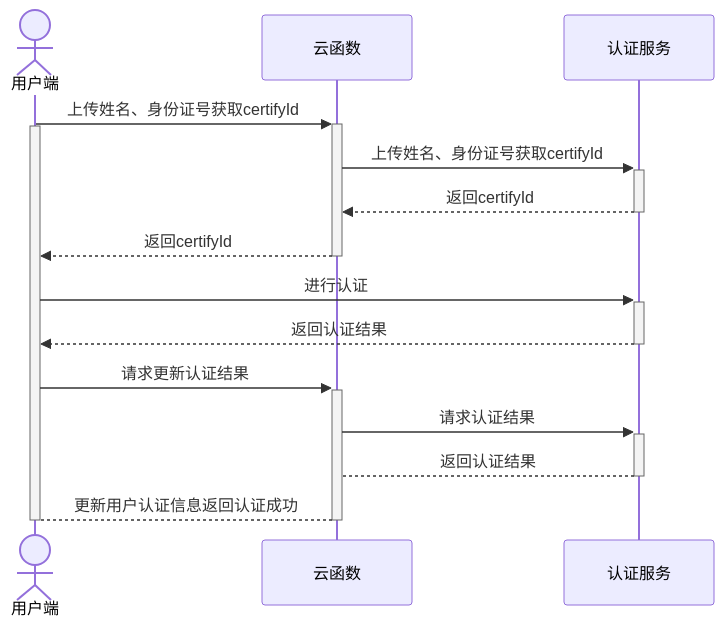
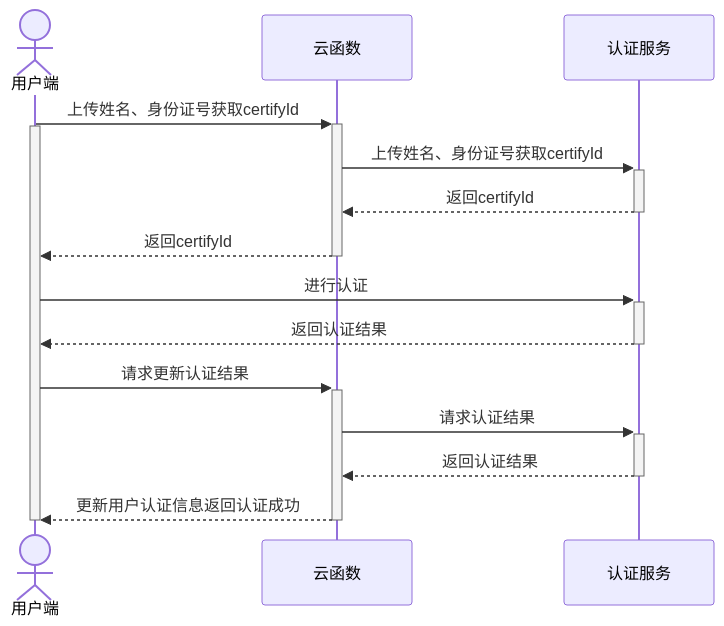
Before and after one commit to dcloudio/unidocs-zh: the diagram in docs/uniCloud/uni-frv.md, drawn with Mermaid.

Commit message:
docs: update frv

````diff
--- a/docs/uniCloud/uni-frv.md
+++ b/docs/uniCloud/uni-frv.md
@@ -82,18 +82,18 @@
 ```mermaid
 sequenceDiagram
   actor user as 用户端
   participant cf as 云函数
   participant service as 认证服务
   user->>+cf: 上传姓名、身份证号获取certifyId
   activate user
   cf->>+service: 上传姓名、身份证号获取certifyId
   service-->>-cf: 返回certifyId
   cf-->>-user: 返回certifyId
   user->>+service: 进行认证
   service-->>-user: 返回认证结果
   user->>+cf: 请求更新认证结果
   cf->>+service: 请求认证结果
-  service-->-cf: 返回认证结果
-  cf-->-user: 更新用户认证信息返回认证成功
+  service-->>-cf: 返回认证结果
+  cf-->>-user: 更新用户认证信息返回认证成功
   deactivate user
 ```
````
